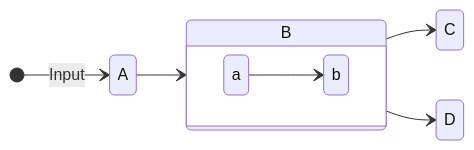
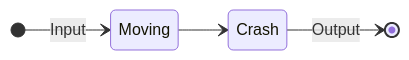
One commit to setrar/dsp changed the third of 3 diagrams in plan/README.md. Above: the diagram before and after it, drawn with Mermaid.

````diff
--- a/plan/README.md
+++ b/plan/README.md
@@ -28,12 +28,7 @@
 ```mermaid
-stateDiagram
+stateDiagram-v2
     direction LR
-    [*] --> A : Input
-    A --> B
-    B --> C
-    state B {
-      direction LR
-      a --> b
-    }
-    B --> D
+    [*] --> Moving : Input
+    Moving --> Crash
+    Crash --> [*] : Output
 ```
````
